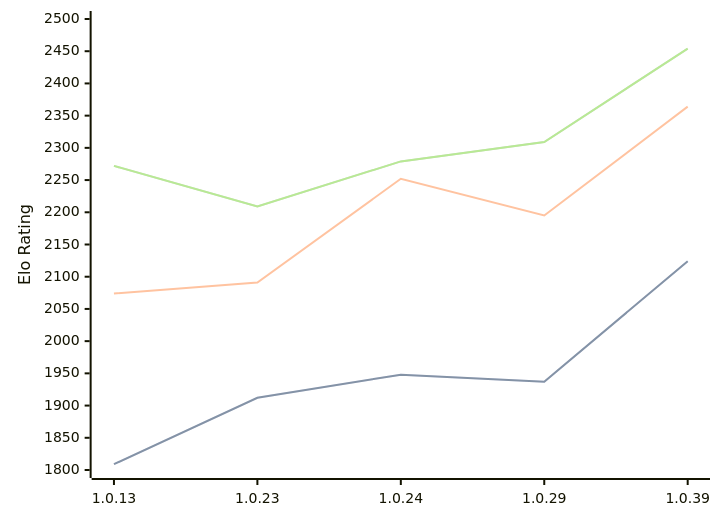
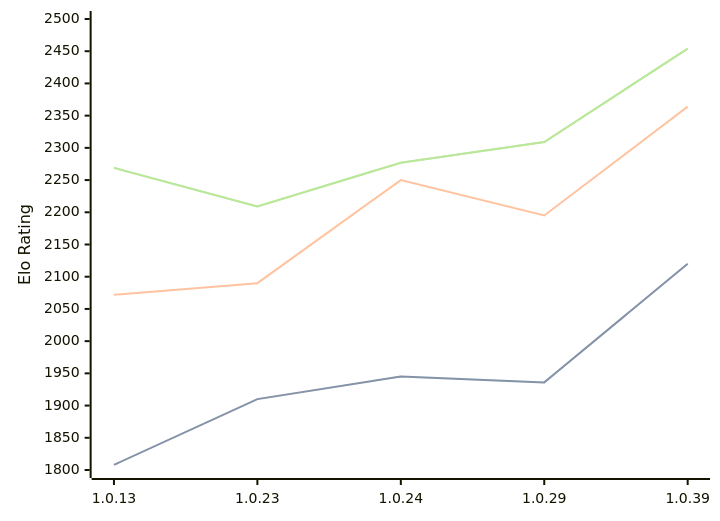
Before and after one commit to computer-chess-index/cci: the diagram in engines/RustyRival.md, drawn with Mermaid. The commit also changed other lines of this file, not shown here.

Commit message:
Update CCI Ratings (ELO VLTC) - 2026-04-27

````diff
--- a/engines/RustyRival.md
+++ b/engines/RustyRival.md
@@ -68,11 +68,11 @@
 ```mermaid
 %%{init: {"theme":"base","themeVariables":{"seriesColors:['#a3a3a3','#222221','#faa371']}}}%%
 xychart-beta
   x-axis ["1.0.13", "1.0.23", "1.0.24", "1.0.29", "1.0.39"]
   y-axis "Elo Rating" 1800 --> 2500
-  line "STC (8.0+0.08s)" [1809, 1912, 1948, 1937, 2124]
-  line "STC (8.0+0.08s)" [1809, 1912, 1948, 1937, 2124]
-  line "LTC (60.0+0.60s)" [2074, 2091, 2252, 2195, 2364]
-  line "VLTC (2m24s+1.12s)" [2272, 2209, 2279, 2309, 2454]
-  line "VLTC (2m24s+1.12s)" [2272, 2209, 2279, 2309, 2454]
+  line "STC (8.0+0.08s)" [1808, 1910, 1945, 1936, 2120]
+  line "STC (8.0+0.08s)" [1808, 1910, 1945, 1936, 2120]
+  line "LTC (60.0+0.60s)" [2072, 2090, 2250, 2195, 2364]
+  line "VLTC (2m24s+1.12s)" [2269, 2209, 2277, 2309, 2454]
+  line "VLTC (2m24s+1.12s)" [2269, 2209, 2277, 2309, 2454]
 ```
````
